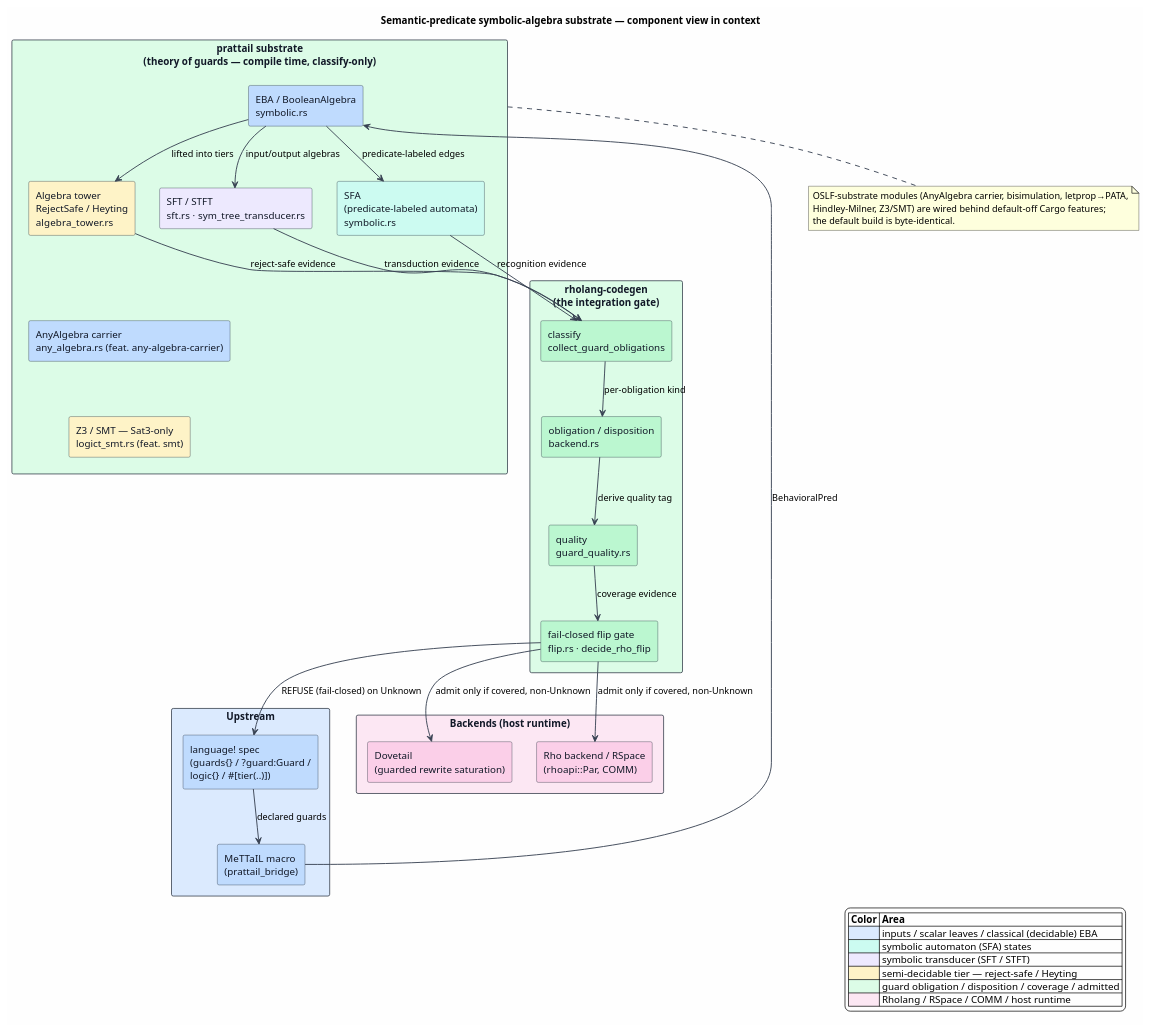
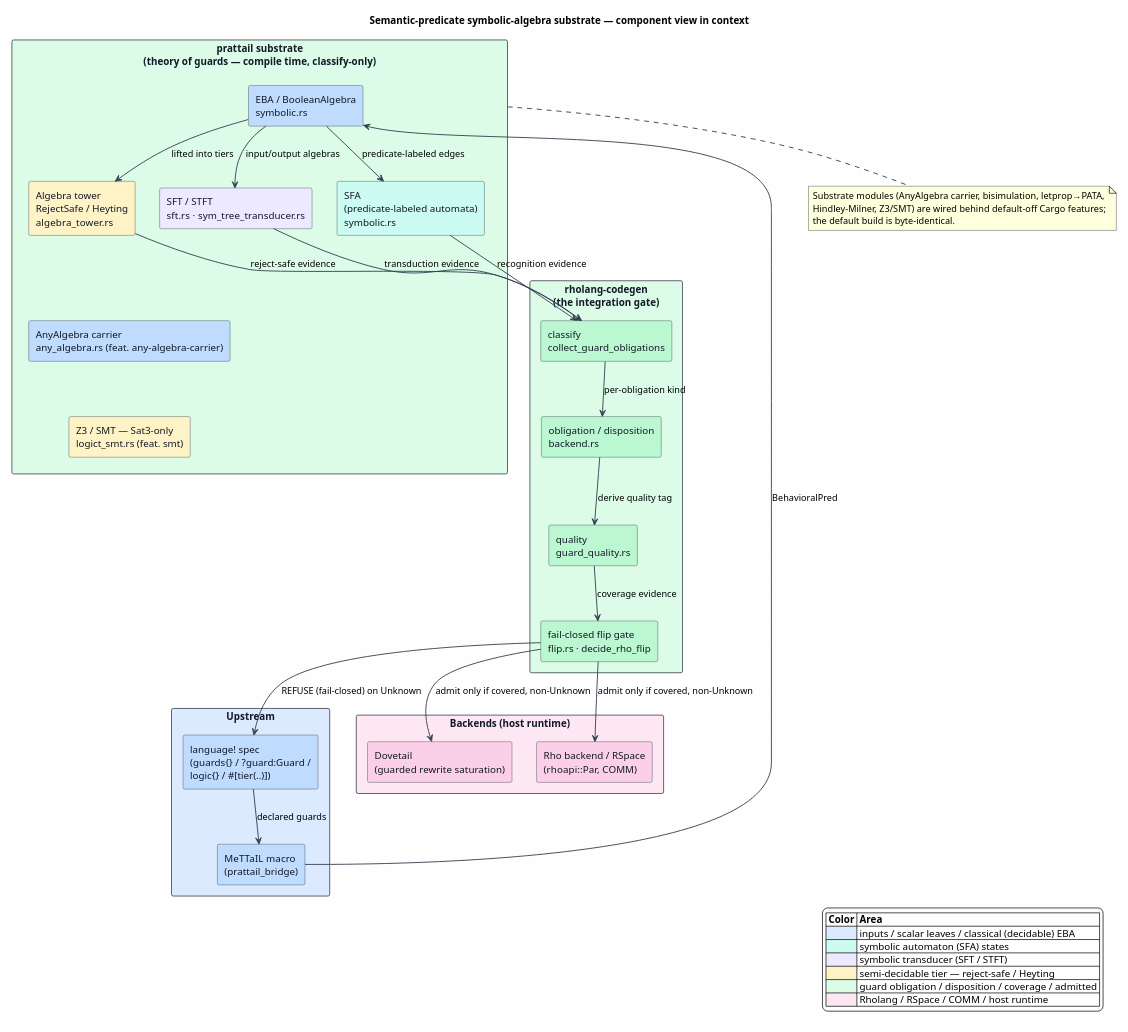
The diagram in docs/architecture/semantic-predicates/figures/README.puml (F1R3FLY-io/mettail-rust), drawn with PlantUML before and after one commit. The commit also changed 90 other files, not shown here.

```diff
--- a/docs/architecture/semantic-predicates/figures/README.puml
+++ b/docs/architecture/semantic-predicates/figures/README.puml
@@ -1,81 +1,81 @@
 @startuml
 title Semantic-predicate symbolic-algebra substrate — component view in context
 
 skinparam backgroundColor #FEFEFE
 skinparam componentStyle rectangle
 skinparam shadowing false
 skinparam ArrowColor #374151
 skinparam ArrowThickness 1.3
 skinparam component {
   BorderColor #1F2937
   FontColor #111827
 }
 skinparam rectangle {
   BorderColor #1F2937
   FontColor #111827
 }
 
 ' ── Upstream: the language specification ────────────────────────────────
 rectangle "Upstream" as Up #DBEAFE {
   component "language! spec\n(guards{} / ?guard:Guard /\nlogic{} / #[tier(..)])" as Spec #BFDBFE
   component "MeTTaIL macro\n(prattail_bridge)" as Macro #BFDBFE
 }
 
 ' ── The prattail substrate (the subject of this suite) ──────────────────
 rectangle "prattail substrate\n(theory of guards — compile time, classify-only)" as Sub #DCFCE7 {
   component "EBA / BooleanAlgebra\nsymbolic.rs" as EBA #BFDBFE
   component "SFA\n(predicate-labeled automata)\nsymbolic.rs" as SFA #CCFBF1
   component "SFT / STFT\nsft.rs · sym_tree_transducer.rs" as SFT #EDE9FE
   component "Algebra tower\nRejectSafe / Heyting\nalgebra_tower.rs" as Tower #FEF3C7
   component "AnyAlgebra carrier\nany_algebra.rs (feat. any-algebra-carrier)" as Carrier #BFDBFE
   component "Z3 / SMT — Sat3-only\nlogict_smt.rs (feat. smt)" as Z3 #FEF3C7
 }
 
 ' ── Downstream classification: rholang-codegen ──────────────────────────
 rectangle "rholang-codegen\n(the integration gate)" as Codegen #DCFCE7 {
   component "classify\ncollect_guard_obligations" as Classify #BBF7D0
   component "obligation / disposition\nbackend.rs" as Disp #BBF7D0
   component "quality\nguard_quality.rs" as Quality #BBF7D0
   component "fail-closed flip gate\nflip.rs · decide_rho_flip" as Gate #BBF7D0
 }
 
 ' ── Downstream backends ─────────────────────────────────────────────────
 rectangle "Backends (host runtime)" as Back #FCE7F3 {
   component "Dovetail\n(guarded rewrite saturation)" as Dovetail #FBCFE8
   component "Rho backend / RSpace\n(rhoapi::Par, COMM)" as Rho #FBCFE8
 }
 
 Spec --> Macro : declared guards
 Macro --> EBA : BehavioralPred
 EBA --> SFA : predicate-labeled edges
 EBA --> SFT : input/output algebras
 EBA --> Tower : lifted into tiers
 Tower --> Classify : reject-safe evidence
 SFA --> Classify : recognition evidence
 SFT --> Classify : transduction evidence
 Classify --> Disp : per-obligation kind
 Disp --> Quality : derive quality tag
 Quality --> Gate : coverage evidence
 Gate --> Dovetail : admit only if covered, non-Unknown
 Gate --> Rho : admit only if covered, non-Unknown
 Gate --> Spec : REFUSE (fail-closed) on Unknown
 
 Tower -[hidden]down- Carrier
 Carrier -[hidden]down- Z3
 
 note bottom of Sub
-  OSLF-substrate modules (AnyAlgebra carrier, bisimulation, letprop→PATA,
+  Substrate modules (AnyAlgebra carrier, bisimulation, letprop→PATA,
   Hindley–Milner, Z3/SMT) are wired behind default-off Cargo features;
   the default build is byte-identical.
 end note
 
 legend right
 |= Color |= Area |
 |<#DBEAFE> | inputs / scalar leaves / classical (decidable) EBA |
 |<#CCFBF1> | symbolic automaton (SFA) states |
 |<#EDE9FE> | symbolic transducer (SFT / STFT) |
 |<#FEF3C7> | semi-decidable tier — reject-safe / Heyting |
 |<#DCFCE7> | guard obligation / disposition / coverage / admitted |
 |<#FCE7F3> | Rholang / RSpace / COMM / host runtime |
 endlegend
 @enduml
```
